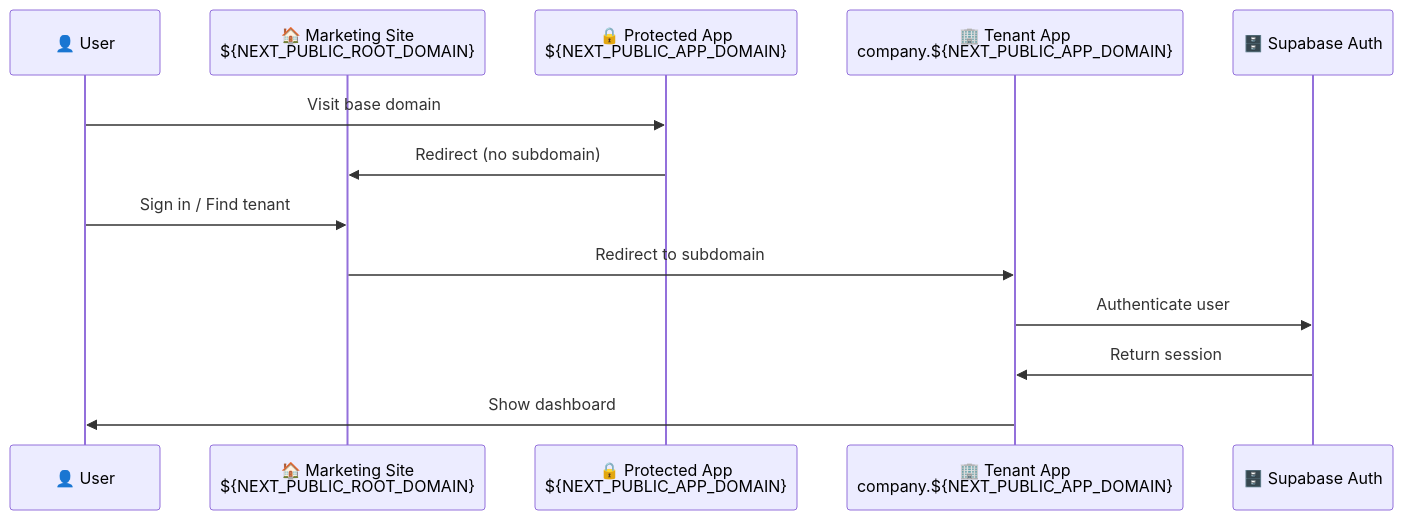
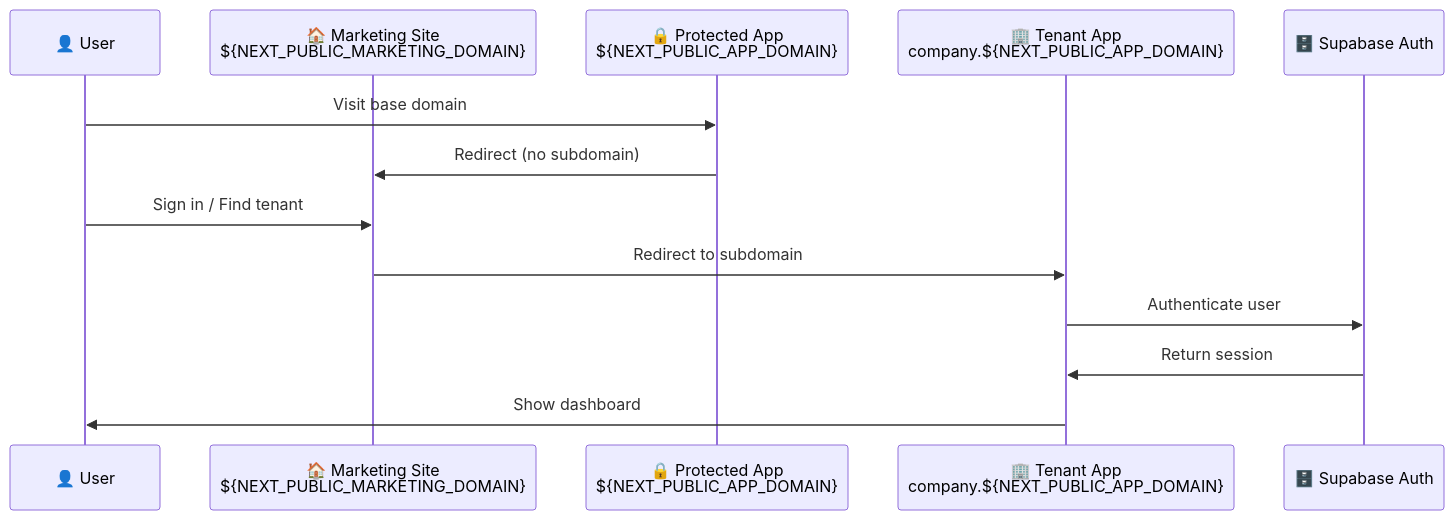
The fifth of 11 diagrams in README.md (steve-piece/subdomain-isolated-turborepo), drawn with Mermaid before and after one commit. The commit also changed other lines of this file and 7 other files, not shown here.

````diff
--- a/README.md
+++ b/README.md
@@ -266,16 +266,16 @@
 ```mermaid
 sequenceDiagram
     participant U as 👤 User
-    participant M as 🏠 Marketing Site<br/>${NEXT_PUBLIC_ROOT_DOMAIN}
+    participant M as 🏠 Marketing Site<br/>${NEXT_PUBLIC_MARKETING_DOMAIN}
     participant P as 🔒 Protected App<br/>${NEXT_PUBLIC_APP_DOMAIN}
     participant T as 🏢 Tenant App<br/>company.${NEXT_PUBLIC_APP_DOMAIN}
     participant S as 🗄️ Supabase Auth
 
     U->>P: Visit base domain
     P->>M: Redirect (no subdomain)
     U->>M: Sign in / Find tenant
     M->>T: Redirect to subdomain
     T->>S: Authenticate user
     S->>T: Return session
     T->>U: Show dashboard
 ```
````
